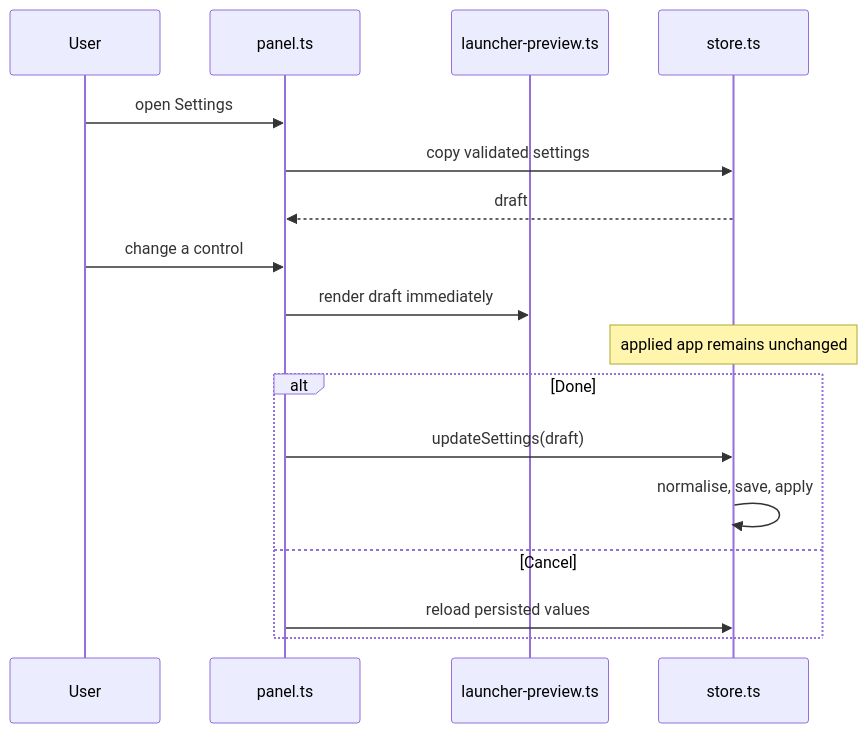
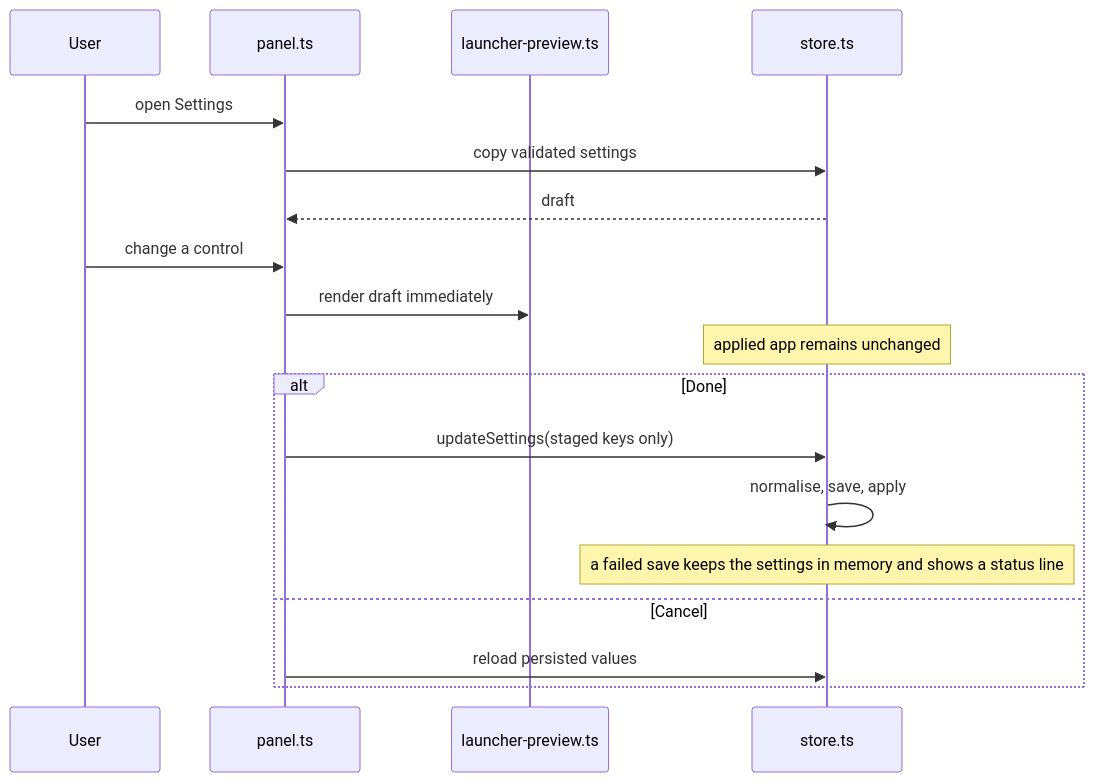
One commit to MooketsiMagwaza/opaline changed the diagram in src/settings/README.md. Above: the diagram before and after it, drawn with Mermaid. The commit also changed other lines of this file and 6 other files, not shown here.

````diff
--- a/src/settings/README.md
+++ b/src/settings/README.md
@@ -17,19 +21,20 @@
 ```mermaid
 sequenceDiagram
   participant User
   participant Panel as panel.ts
   participant Preview as launcher-preview.ts
   participant Store as store.ts
   User->>Panel: open Settings
   Panel->>Store: copy validated settings
   Store-->>Panel: draft
   User->>Panel: change a control
   Panel->>Preview: render draft immediately
   Note over Store: applied app remains unchanged
   alt Done
-    Panel->>Store: updateSettings(draft)
+    Panel->>Store: updateSettings(staged keys only)
     Store->>Store: normalise, save, apply
+    Note over Store: a failed save keeps the settings in memory and shows a status line
   else Cancel
     Panel->>Store: reload persisted values
   end
 ```
````
